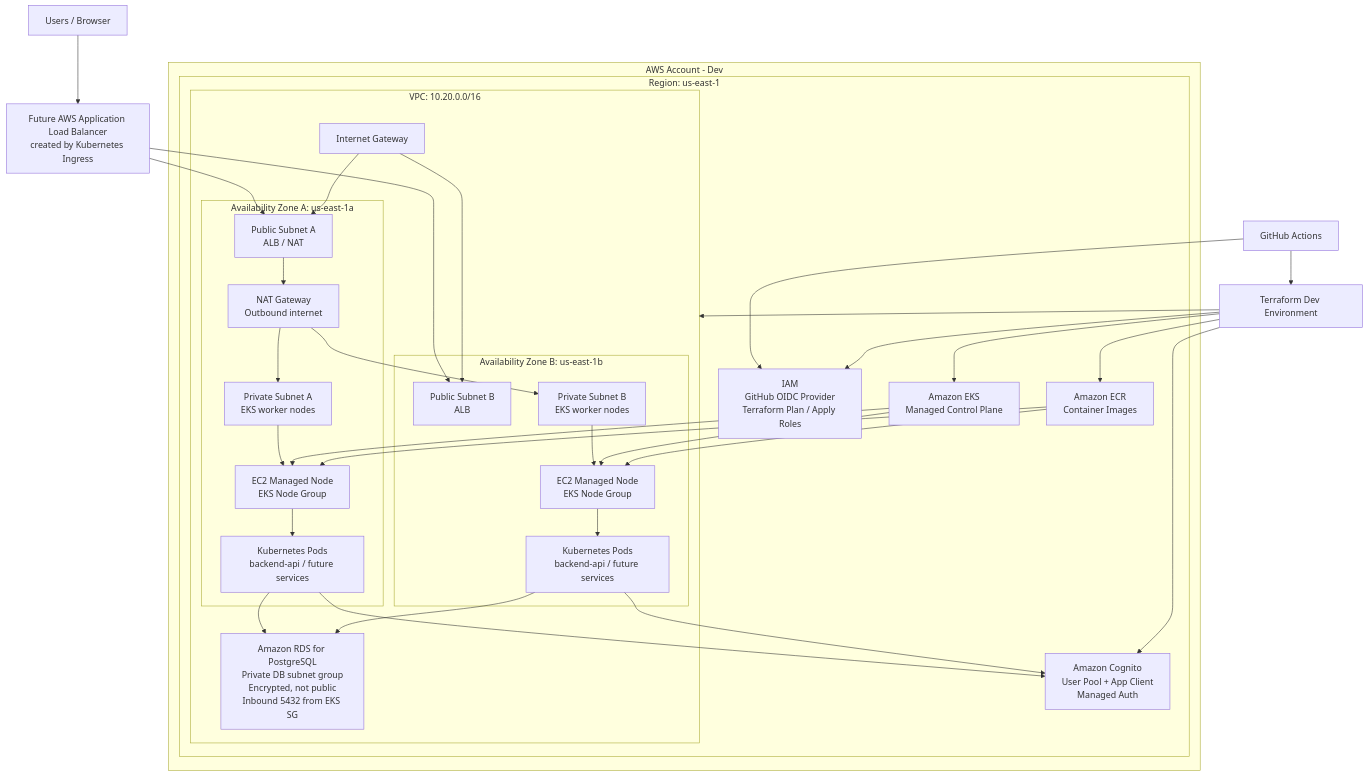
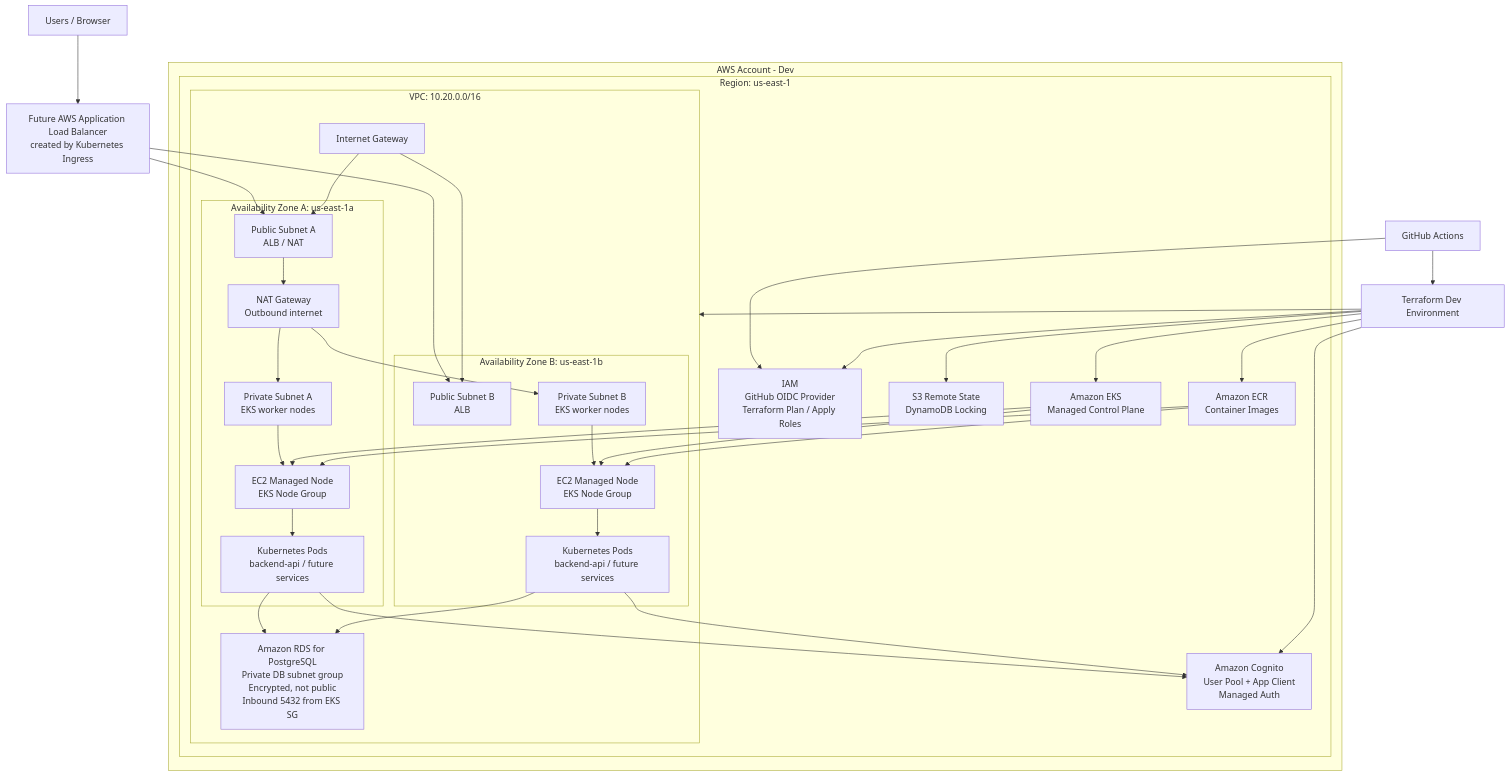
The first of 3 diagrams in ARCHITECTURE.md (sarandoniparthi/ai-saas-platform-infra), drawn with Mermaid before and after one commit. The commit also changed other lines of this file and 3 other files, not shown here.

````diff
--- a/ARCHITECTURE.md
+++ b/ARCHITECTURE.md
@@ -31,62 +31,64 @@
 ```mermaid
 flowchart TB
   Users["Users / Browser"] --> ALB["Future AWS Application Load Balancer<br/>created by Kubernetes Ingress"]
   GitHub["GitHub Actions"] --> IAM["IAM<br/>GitHub OIDC Provider<br/>Terraform Plan / Apply Roles"]
   GitHub --> TF["Terraform Dev Environment"]
+  TF --> State["S3 Remote State<br/>DynamoDB Locking"]
 
   subgraph Account["AWS Account - Dev"]
     subgraph Region["Region: us-east-1"]
       IAM
+      State
       Cognito["Amazon Cognito<br/>User Pool + App Client<br/>Managed Auth"]
       EKSCP["Amazon EKS<br/>Managed Control Plane"]
       ECR["Amazon ECR<br/>Container Images"]
 
       subgraph VPC["VPC: 10.20.0.0/16"]
         IGW["Internet Gateway"]
 
         subgraph AZA["Availability Zone A: us-east-1a"]
           PubA["Public Subnet A<br/>ALB / NAT"]
           NAT["NAT Gateway<br/>Outbound internet"]
           PrivA["Private Subnet A<br/>EKS worker nodes"]
           NodeA["EC2 Managed Node<br/>EKS Node Group"]
           PodA["Kubernetes Pods<br/>backend-api / future services"]
         end
 
         subgraph AZB["Availability Zone B: us-east-1b"]
           PubB["Public Subnet B<br/>ALB"]
           PrivB["Private Subnet B<br/>EKS worker nodes"]
           NodeB["EC2 Managed Node<br/>EKS Node Group"]
           PodB["Kubernetes Pods<br/>backend-api / future services"]
         end
 
         RDS["Amazon RDS for PostgreSQL<br/>Private DB subnet group<br/>Encrypted, not public<br/>Inbound 5432 from EKS SG"]
       end
     end
   end
 
   TF --> VPC
   TF --> EKSCP
   TF --> ECR
   TF --> Cognito
   TF --> IAM
 
   ALB --> PubA
   ALB --> PubB
   IGW --> PubA
   IGW --> PubB
   PubA --> NAT
   NAT --> PrivA
   NAT --> PrivB
   PrivA --> NodeA
   PrivB --> NodeB
   EKSCP --> NodeA
   EKSCP --> NodeB
   ECR --> NodeA
   ECR --> NodeB
   NodeA --> PodA
   NodeB --> PodB
   PodA --> RDS
   PodB --> RDS
   PodA --> Cognito
   PodB --> Cognito
 ```
````
